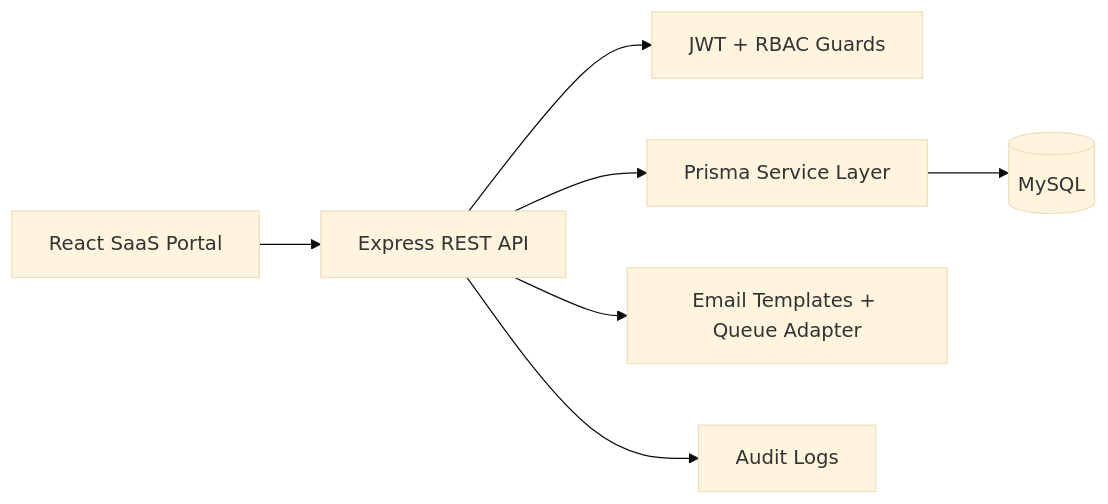
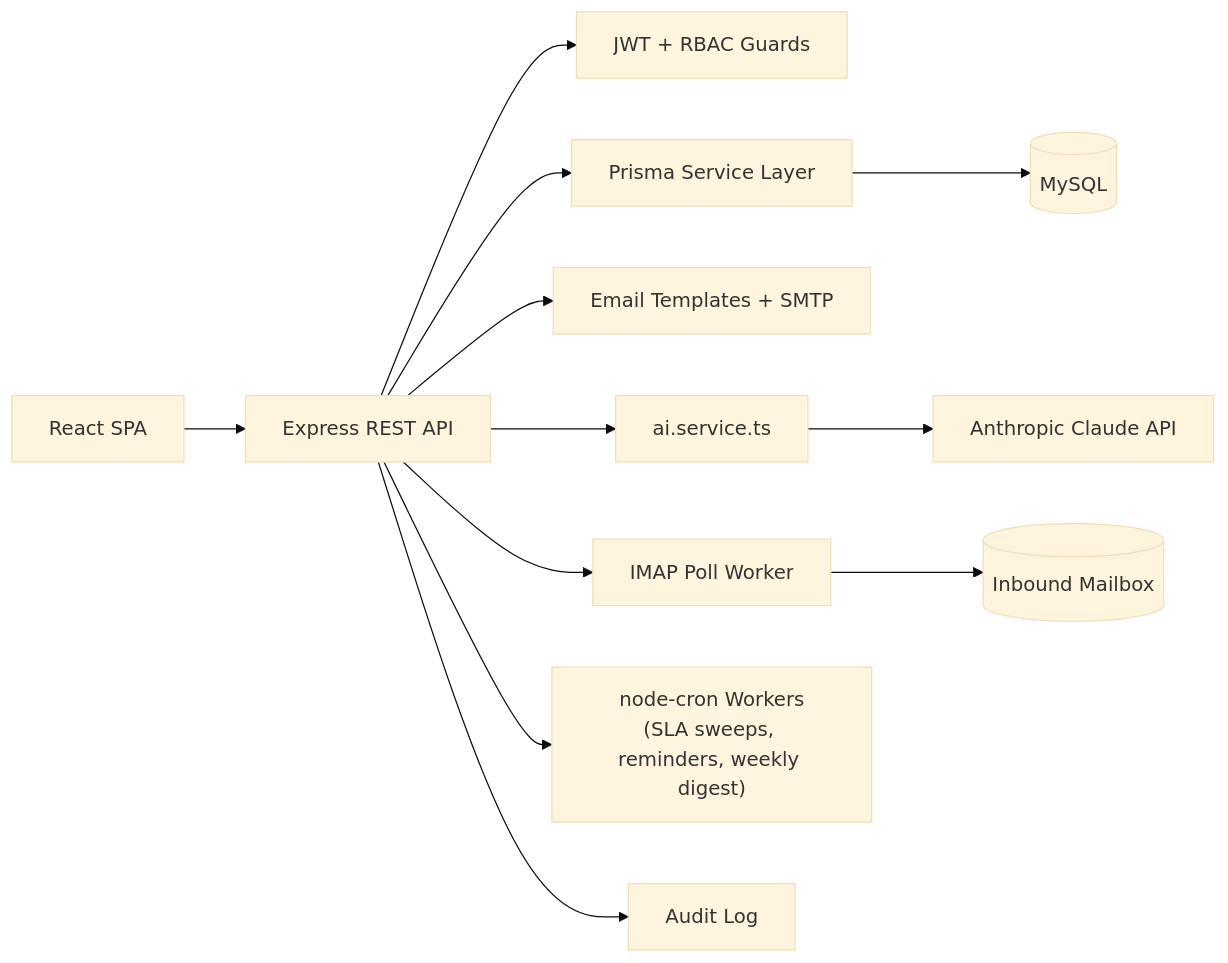
One commit to adityapuppala1/TimeSheet changed the first of 3 diagrams in README.md. Above: the diagram before and after it, drawn with Mermaid (base theme). The commit also changed other lines of this file and 51 other files, not shown here.

````diff
--- a/README.md
+++ b/README.md
@@ -39,9 +165,12 @@
 ```mermaid
 flowchart LR
-  Browser["React SaaS Portal"] --> API["Express REST API"]
+  Browser["React SPA"] --> API["Express REST API"]
   API --> Auth["JWT + RBAC Guards"]
   API --> Prisma["Prisma Service Layer"]
   Prisma --> MySQL[("MySQL")]
-  API --> Mail["Email Templates + Queue Adapter"]
-  API --> Audit["Audit Logs"]
+  API --> Mail["Email Templates + SMTP"]
+  API --> AI["ai.service.ts"] --> Claude["Anthropic Claude API"]
+  API --> IMAP["IMAP Poll Worker"] --> Mailbox[("Inbound Mailbox")]
+  API --> Workers["node-cron Workers\n(SLA sweeps, reminders, weekly digest)"]
+  API --> Audit["Audit Log"]
 ```
````
